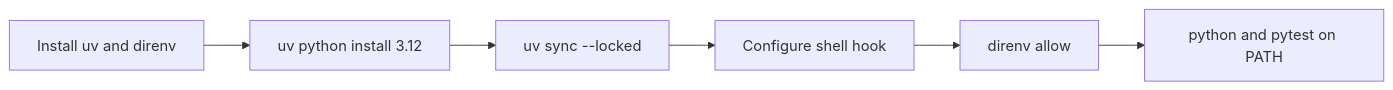
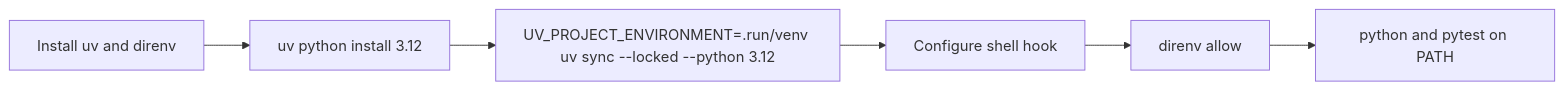
One commit to dataengy/mlzc-26-salaryan changed the diagram in README.md. Above: the diagram before and after it, drawn with Mermaid. The commit also changed other lines of this file and 1 other file, not shown here.

Commit message:
docs: document isolated runtime and project status

````diff
--- a/README.md
+++ b/README.md
@@ -21,8 +21,8 @@
 ```mermaid
 flowchart LR
     A[Install uv and direnv] --> B[uv python install 3.12]
-    B --> C[uv sync --locked]
+    B --> C[UV_PROJECT_ENVIRONMENT=.run/venv uv sync --locked --python 3.12]
     C --> D[Configure shell hook]
     D --> E[direnv allow]
     E --> F[python and pytest on PATH]
 ```
````
